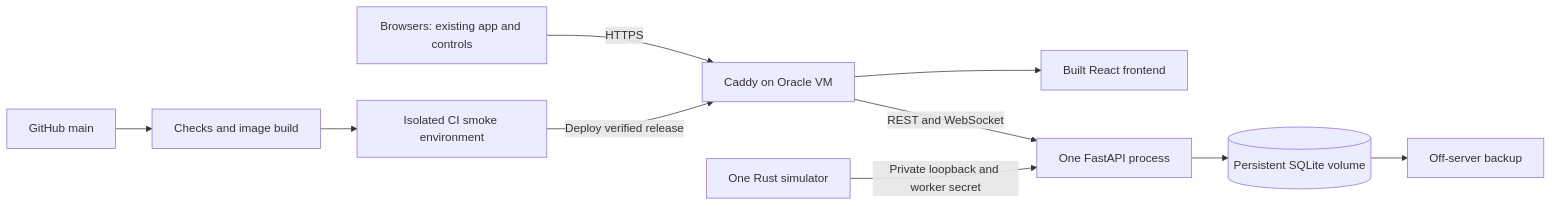
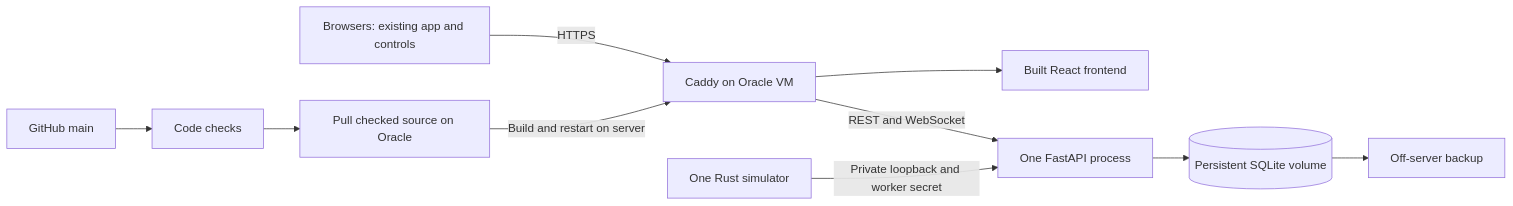
One commit to LameAstronaut/health-monitoring-software-for-astronauts changed the diagram in docs/web-publishing-plan.md. Above: the diagram before and after it, drawn with Mermaid. The commit also changed other lines of this file and 22 other files, not shown here.

````diff
--- a/docs/web-publishing-plan.md
+++ b/docs/web-publishing-plan.md
@@ -23,12 +29,12 @@
 ```mermaid
 flowchart LR
     U[Browsers: existing app and controls] -->|HTTPS| G[Caddy on Oracle VM]
     G --> F[Built React frontend]
     G -->|REST and WebSocket| A[One FastAPI process]
     R[One Rust simulator] -->|Private loopback and worker secret| A
     A --> D[(Persistent SQLite volume)]
     D --> B[Off-server backup]
-    H[GitHub main] --> C[Checks and image build]
-    C --> T[Isolated CI smoke environment]
-    T -->|Deploy verified release| G
+    H[GitHub main] --> C[Code checks]
+    C --> T[Pull checked source on Oracle]
+    T -->|Build and restart on server| G
 ```
````
